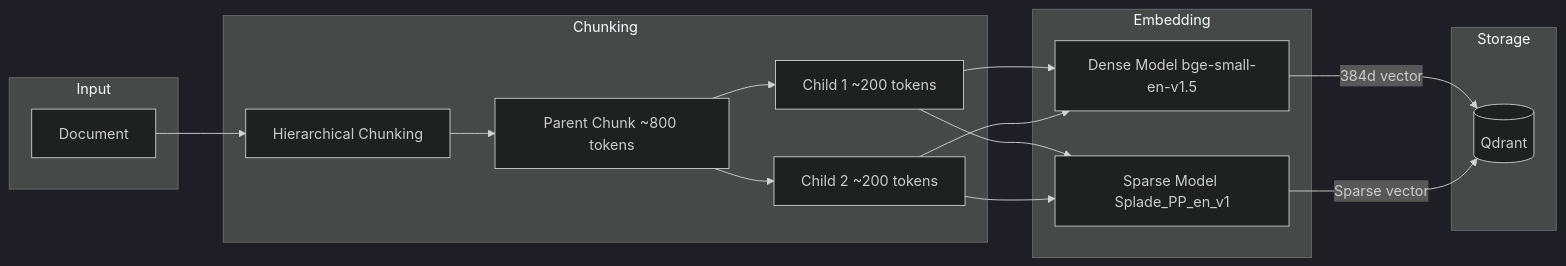
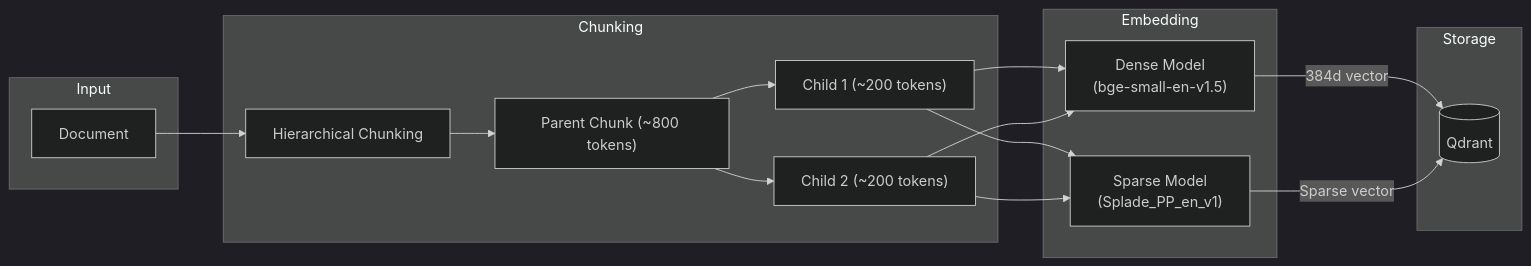
The third of 5 diagrams in docs/SYSTEM_DOCUMENTATION.md (reuben809/enterprise_confluence_ai), drawn with Mermaid (dark theme) before and after one commit. The commit also changed other lines of this file and 15 other files, not shown here.

````diff
--- a/docs/SYSTEM_DOCUMENTATION.md
+++ b/docs/SYSTEM_DOCUMENTATION.md
@@ -179,29 +168,29 @@
 ```mermaid
 flowchart LR
     subgraph Input
         DOC[Document]
     end
-    
+
     subgraph Chunking
         HC[Hierarchical Chunking]
-        P["Parent Chunk ~800 tokens"]
-        C1["Child 1 ~200 tokens"]
-        C2["Child 2 ~200 tokens"]
+        P["Parent Chunk (~800 tokens)"]
+        C1["Child 1 (~200 tokens)"]
+        C2["Child 2 (~200 tokens)"]
     end
-    
+
     subgraph Embedding
-        DE["Dense Model bge-small-en-v1.5"]
-        SE["Sparse Model Splade_PP_en_v1"]
+        DE["Dense Model\n(bge-small-en-v1.5)"]
+        SE["Sparse Model\n(Splade_PP_en_v1)"]
     end
-    
+
     subgraph Storage
         QD[("Qdrant")]
     end
-    
+
     DOC --> HC
     HC --> P
     P --> C1 & C2
     C1 & C2 --> DE & SE
     DE -->|384d vector| QD
     SE -->|Sparse vector| QD
 ```
````
